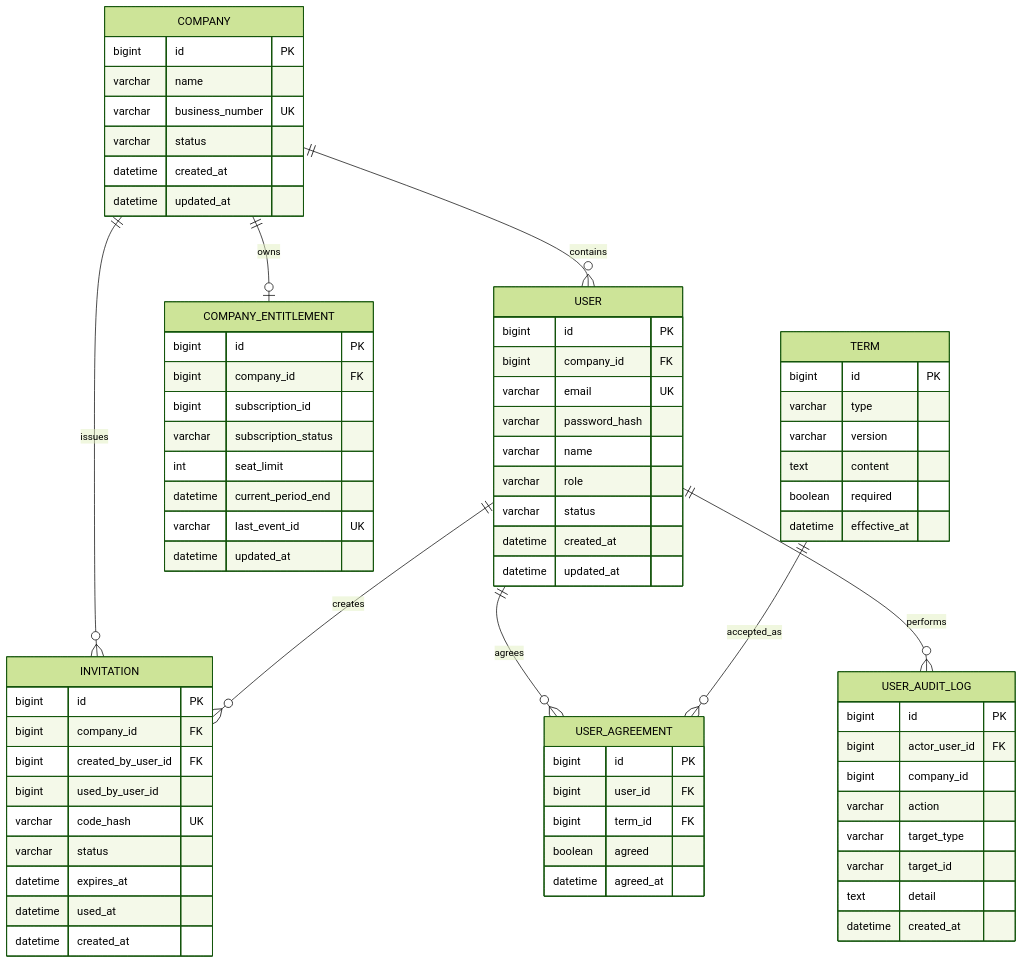
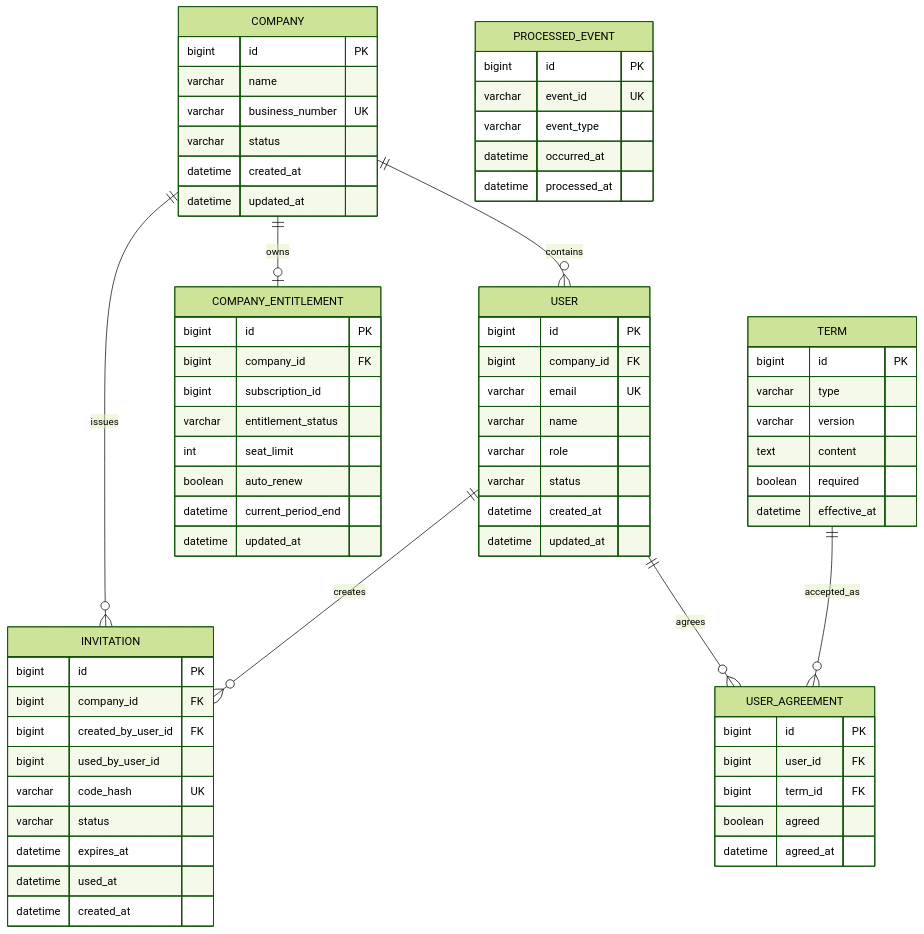
The third of 7 diagrams in docs/erd.md (skala-msa-team/linguaroute-msa), drawn with Mermaid (forest theme) before and after one commit. The commit also changed other lines of this file and 6 other files, not shown here.

````diff
--- a/docs/erd.md
+++ b/docs/erd.md
@@ -39,82 +92,78 @@
 ```mermaid
 erDiagram
     COMPANY ||--o{ USER : contains
     COMPANY ||--o{ INVITATION : issues
     COMPANY ||--o| COMPANY_ENTITLEMENT : owns
     USER ||--o{ INVITATION : creates
     USER ||--o{ USER_AGREEMENT : agrees
     TERM ||--o{ USER_AGREEMENT : accepted_as
-    USER ||--o{ USER_AUDIT_LOG : performs
 
     COMPANY {
         bigint id PK
         varchar name
         varchar business_number UK
         varchar status
         datetime created_at
         datetime updated_at
     }
 
     USER {
         bigint id PK
         bigint company_id FK
         varchar email UK
-        varchar password_hash
         varchar name
         varchar role
         varchar status
         datetime created_at
         datetime updated_at
     }
 
     INVITATION {
         bigint id PK
         bigint company_id FK
         bigint created_by_user_id FK
         bigint used_by_user_id
         varchar code_hash UK
         varchar status
         datetime expires_at
         datetime used_at
         datetime created_at
     }
 
     COMPANY_ENTITLEMENT {
         bigint id PK
         bigint company_id FK
         bigint subscription_id
-        varchar subscription_status
+        varchar entitlement_status
         int seat_limit
+        boolean auto_renew
         datetime current_period_end
-        varchar last_event_id UK
         datetime updated_at
+    }
+
+    PROCESSED_EVENT {
+        bigint id PK
+        varchar event_id UK
+        varchar event_type
+        datetime occurred_at
+        datetime processed_at
     }
 
     TERM {
         bigint id PK
         varchar type
         varchar version
         text content
         boolean required
         datetime effective_at
     }
 
     USER_AGREEMENT {
         bigint id PK
         bigint user_id FK
         bigint term_id FK
         boolean agreed
         datetime agreed_at
     }
 
-    USER_AUDIT_LOG {
-        bigint id PK
-        bigint actor_user_id FK
-        bigint company_id
-        varchar action
-        varchar target_type
-        varchar target_id
-        text detail
-        datetime created_at
-    }
 ```
````
